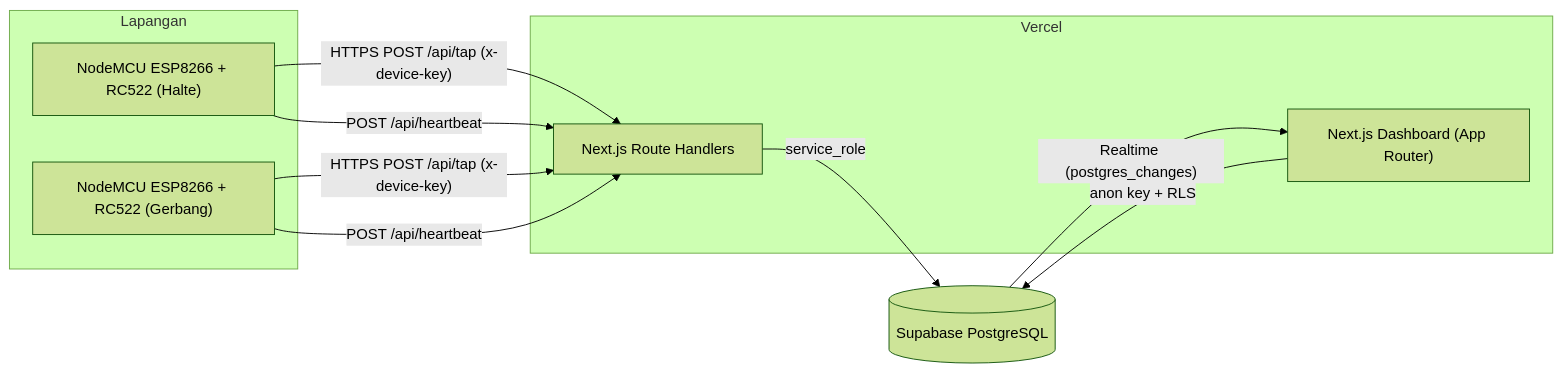
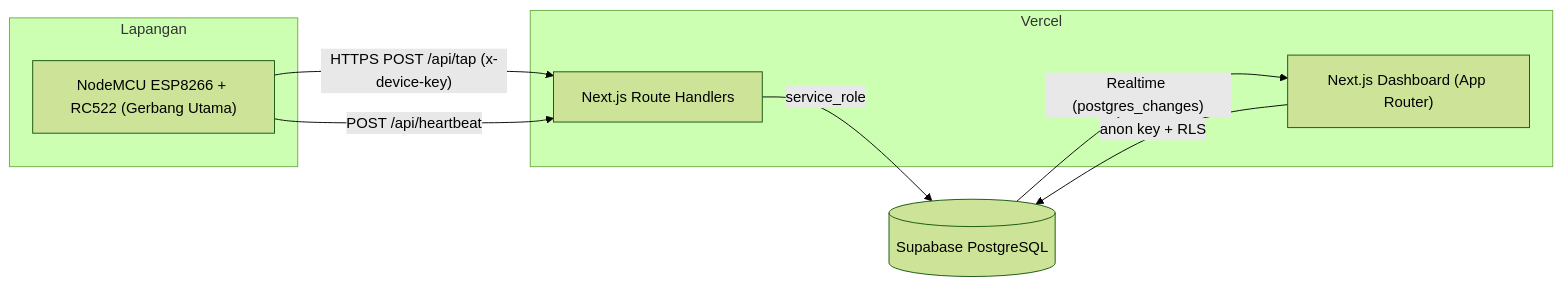
Before and after one commit to nadiarahmayanti219-oss/AXENTA: the first of 2 diagrams in PRD.md, drawn with Mermaid (forest theme). The commit also changed other lines of this file and 30 other files, not shown here.

````diff
--- a/PRD.md
+++ b/PRD.md
@@ -61,18 +58,15 @@
 ```mermaid
 flowchart LR
     subgraph Lapangan
-        H["NodeMCU ESP8266 + RC522 (Halte)"]
-        G["NodeMCU ESP8266 + RC522 (Gerbang)"]
+        G["NodeMCU ESP8266 + RC522 (Gerbang Utama)"]
     end
-    H -- "HTTPS POST /api/tap (x-device-key)" --> API
     G -- "HTTPS POST /api/tap (x-device-key)" --> API
-    H -- "POST /api/heartbeat" --> API
     G -- "POST /api/heartbeat" --> API
     subgraph Vercel
         API["Next.js Route Handlers"]
         WEB["Next.js Dashboard (App Router)"]
     end
     API -- "service_role" --> DB[("Supabase PostgreSQL")]
     WEB -- "anon key + RLS" --> DB
     DB -- "Realtime (postgres_changes)" --> WEB
 ```
````
